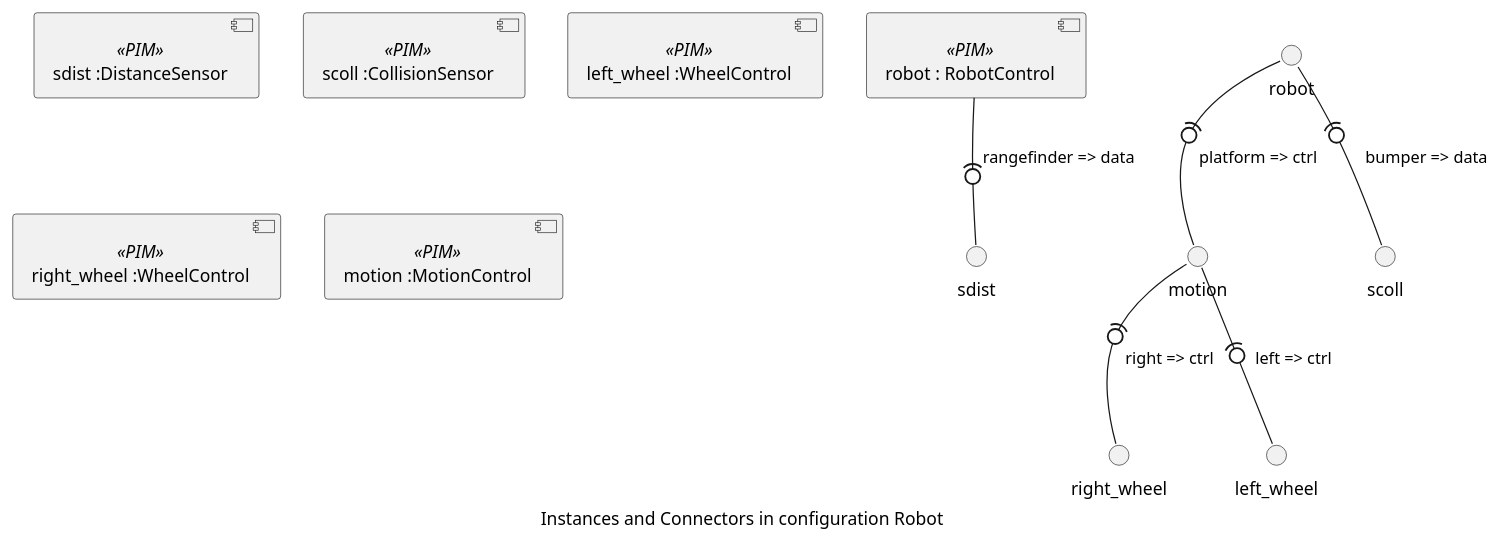
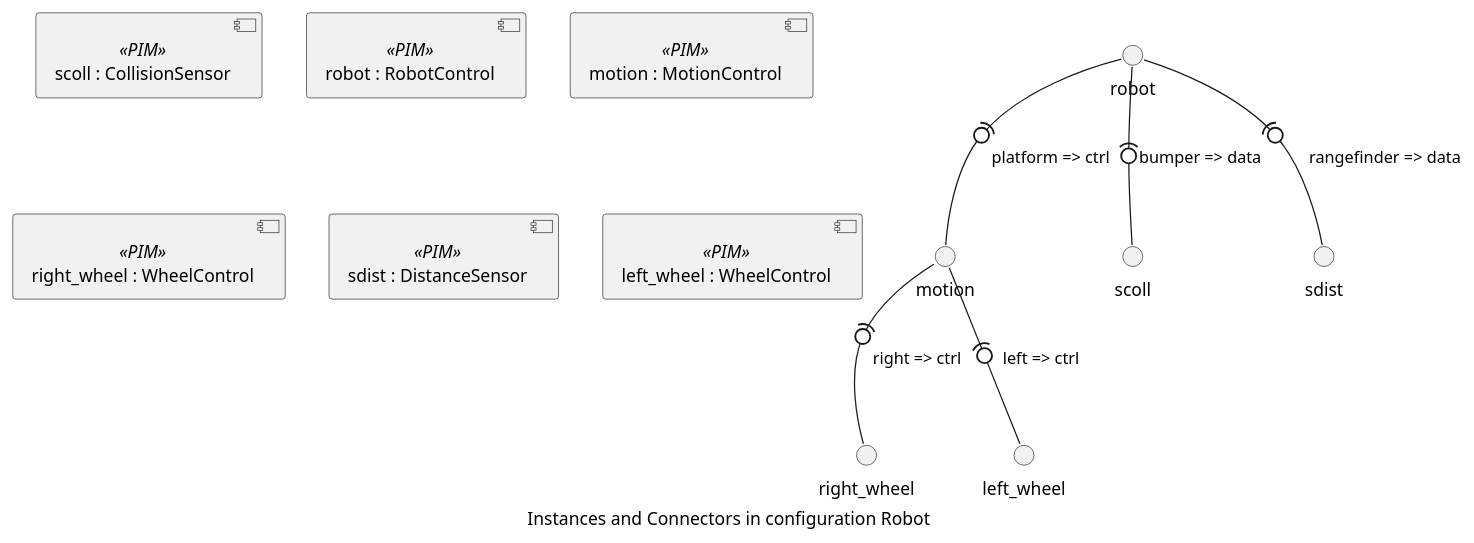
Before and after one commit to TelluIoT/ThingML: the diagram in doc/examples/thingml-gen/uml/Robot/Robot/docs/Robot.plantuml, drawn with PlantUML. The commit also changed 10 other files, not shown here.

Commit message:
Fix in component diagram generatot

```diff
--- a/doc/examples/thingml-gen/uml/Robot/Robot/docs/Robot.plantuml
+++ b/doc/examples/thingml-gen/uml/Robot/Robot/docs/Robot.plantuml
@@ -1,14 +1,14 @@
 @startuml
 caption Instances and Connectors in configuration Robot
+component [scoll : CollisionSensor]<<PIM>>
 component [robot : RobotControl]<<PIM>>
-component "sdist :DistanceSensor"<<PIM>>
-component "scoll :CollisionSensor"<<PIM>>
-component "left_wheel :WheelControl"<<PIM>>
-component "right_wheel :WheelControl"<<PIM>>
-component "motion :MotionControl"<<PIM>>
-[robot : RobotControl] -(0- sdist : rangefinder => data
+component [motion : MotionControl]<<PIM>>
+component [right_wheel : WheelControl]<<PIM>>
+component [sdist : DistanceSensor]<<PIM>>
+component [left_wheel : WheelControl]<<PIM>>
 motion -(0- right_wheel : right => ctrl
 motion -(0- left_wheel : left => ctrl
 robot -(0- scoll : bumper => data
+robot -(0- sdist : rangefinder => data
 robot -(0- motion : platform => ctrl
 @enduml
```
